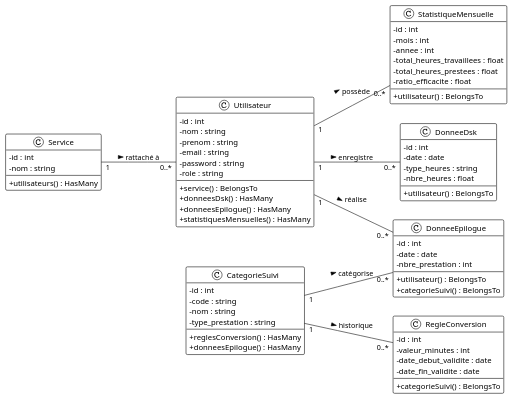
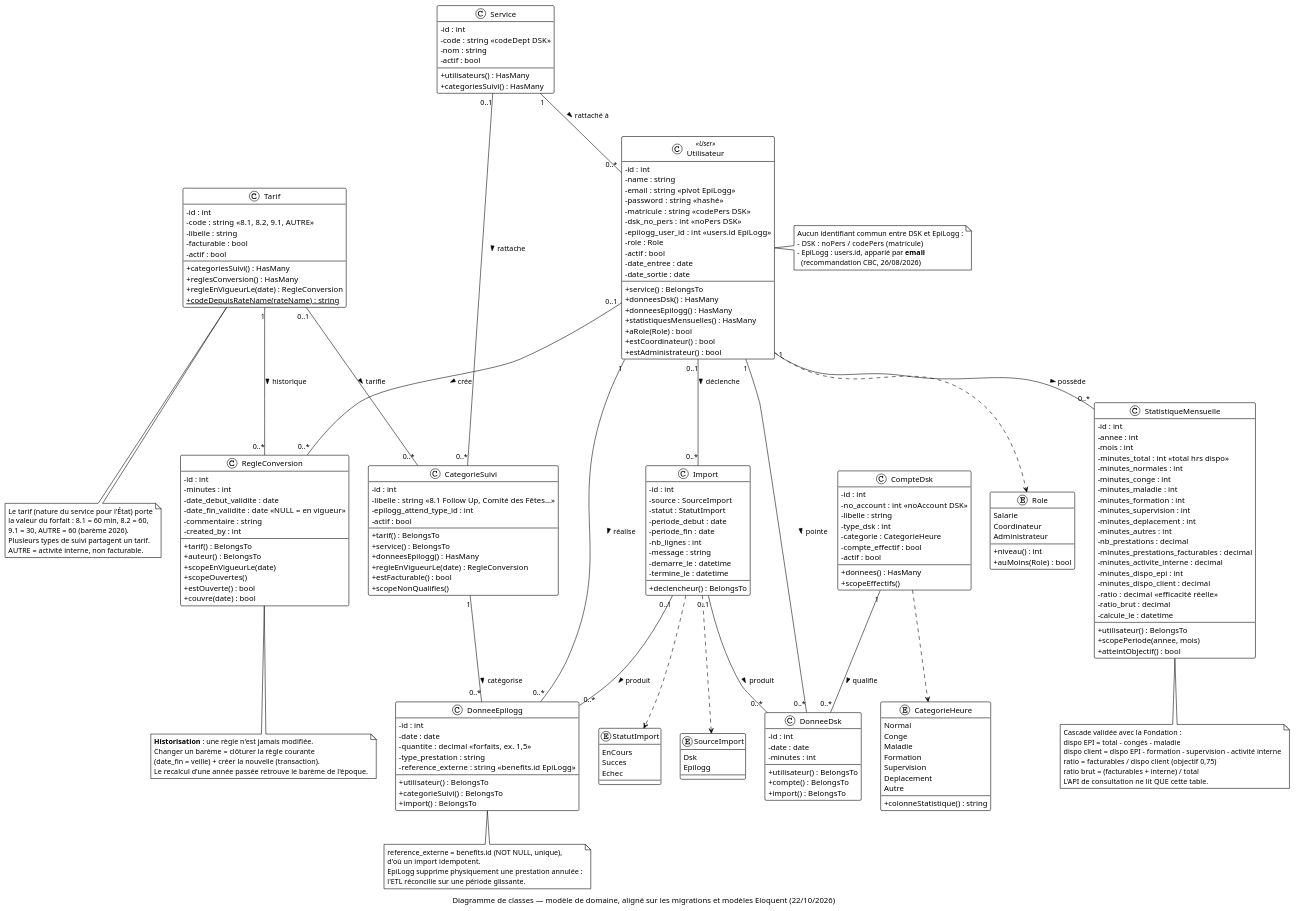
One commit to midjix/plantuml changed the diagram in diagramme de classes.md. Above: the diagram before and after it, drawn with PlantUML. The commit also changed 12 other files, not shown here.

First line of the commit message:
docs(uml): align diagrams with validated business rules and source access

````diff
--- a/diagramme de classes.md
+++ b/diagramme de classes.md
@@ -2,77 +2,261 @@
 @startuml
 !theme plain
 skinparam classAttributeIconSize 0
-left to right direction
 
+caption Diagramme de classes — modèle de domaine, aligné sur les migrations et modèles Eloquent (22/10/2026)
+
+' ============================================================
+'  Énumérations (App\Enums) — castées automatiquement par Eloquent
+' ============================================================
+enum Role {
+    Salarie
+    Coordinateur
+    Administrateur
+    + niveau() : int
+    + auMoins(Role) : bool
+}
+
+enum CategorieHeure {
+    Normal
+    Conge
+    Maladie
+    Formation
+    Supervision
+    Deplacement
+    Autre
+    + colonneStatistique() : string
+}
+
+enum SourceImport {
+    Dsk
+    Epilogg
+}
+
+enum StatutImport {
+    EnCours
+    Succes
+    Echec
+}
+
+' ============================================================
+'  Organigramme et utilisateurs
+' ============================================================
 class Service {
     - id : int
+    - code : string  <<codeDept DSK>>
     - nom : string
+    - actif : bool
     + utilisateurs() : HasMany
+    + categoriesSuivi() : HasMany
 }
 
-class Utilisateur {
+class Utilisateur <<User>> {
     - id : int
-    - nom : string
-    - prenom : string
-    - email : string
-    - password : string
-    - role : string
+    - name : string
+    - email : string  <<pivot EpiLogg>>
+    - password : string  <<hashé>>
+    - matricule : string  <<codePers DSK>>
+    - dsk_no_pers : int  <<noPers DSK>>
+    - epilogg_user_id : int  <<users.id EpiLogg>>
+    - role : Role
+    - actif : bool
+    - date_entree : date
+    - date_sortie : date
     + service() : BelongsTo
     + donneesDsk() : HasMany
-    + donneesEpilogue() : HasMany
+    + donneesEpilogg() : HasMany
     + statistiquesMensuelles() : HasMany
+    + aRole(Role) : bool
+    + estCoordinateur() : bool
+    + estAdministrateur() : bool
+}
+
+' ============================================================
+'  Référentiels : tarifs, types de suivi EpiLogg, compteurs DSK
+' ============================================================
+class Tarif {
+    - id : int
+    - code : string  <<8.1, 8.2, 9.1, AUTRE>>
+    - libelle : string
+    - facturable : bool
+    - actif : bool
+    + categoriesSuivi() : HasMany
+    + reglesConversion() : HasMany
+    + regleEnVigueurLe(date) : RegleConversion
+    + {static} codeDepuisRateName(rateName) : string
 }
 
 class CategorieSuivi {
     - id : int
-    - code : string
-    - nom : string
-    - type_prestation : string
-    + reglesConversion() : HasMany
-    + donneesEpilogue() : HasMany
+    - libelle : string  <<8.1 Follow Up, Comité des Fêtes…>>
+    - epilogg_attend_type_id : int
+    - actif : bool
+    + tarif() : BelongsTo
+    + service() : BelongsTo
+    + donneesEpilogg() : HasMany
+    + regleEnVigueurLe(date) : RegleConversion
+    + estFacturable() : bool
+    + scopeNonQualifies()
 }
 
 class RegleConversion {
     - id : int
-    - valeur_minutes : int
+    - minutes : int
     - date_debut_validite : date
-    - date_fin_validite : date
-    + categorieSuivi() : BelongsTo
+    - date_fin_validite : date  <<NULL = en vigueur>>
+    - commentaire : string
+    - created_by : int
+    + tarif() : BelongsTo
+    + auteur() : BelongsTo
+    + scopeEnVigueurLe(date)
+    + scopeOuvertes()
+    + estOuverte() : bool
+    + couvre(date) : bool
+}
+
+class CompteDsk {
+    - id : int
+    - no_account : int  <<noAccount DSK>>
+    - libelle : string
+    - type_dsk : int
+    - categorie : CategorieHeure
+    - compte_effectif : bool
+    - actif : bool
+    + donnees() : HasMany
+    + scopeEffectifs()
+}
+
+' ============================================================
+'  Flux bruts importés (lecture seule des sources)
+' ============================================================
+class Import {
+    - id : int
+    - source : SourceImport
+    - statut : StatutImport
+    - periode_debut : date
+    - periode_fin : date
+    - nb_lignes : int
+    - message : string
+    - demarre_le : datetime
+    - termine_le : datetime
+    + declencheur() : BelongsTo
 }
 
 class DonneeDsk {
     - id : int
     - date : date
-    - type_heures : string
-    - nbre_heures : float
+    - minutes : int
     + utilisateur() : BelongsTo
+    + compte() : BelongsTo
+    + import() : BelongsTo
 }
 
-class DonneeEpilogue {
+class DonneeEpilogg {
     - id : int
     - date : date
-    - nbre_prestation : int
+    - quantite : decimal  <<forfaits, ex. 1,5>>
+    - type_prestation : string
+    - reference_externe : string  <<benefits.id EpiLogg>>
     + utilisateur() : BelongsTo
     + categorieSuivi() : BelongsTo
+    + import() : BelongsTo
 }
 
+' ============================================================
+'  Cache consolidé lu par l'API de consultation
+' ============================================================
 class StatistiqueMensuelle {
     - id : int
+    - annee : int
     - mois : int
-    - annee : int
-    - total_heures_travaillees : float
-    - total_heures_prestees : float
-    - ratio_efficacite : float
+    - minutes_total : int  <<total hrs dispo>>
+    - minutes_normales : int
+    - minutes_conge : int
+    - minutes_maladie : int
+    - minutes_formation : int
+    - minutes_supervision : int
+    - minutes_deplacement : int
+    - minutes_autres : int
+    - nb_prestations : decimal
+    - minutes_prestations_facturables : decimal
+    - minutes_activite_interne : decimal
+    - minutes_dispo_epi : int
+    - minutes_dispo_client : decimal
+    - ratio : decimal  <<efficacité réelle>>
+    - ratio_brut : decimal
+    - calcule_le : datetime
     + utilisateur() : BelongsTo
+    + scopePeriode(annee, mois)
+    + atteintObjectif() : bool
 }
 
-' --- Relations et Multiplicités ---
+' ============================================================
+'  Relations et multiplicités
+' ============================================================
 Service "1" -- "0..*" Utilisateur : rattaché à >
-Utilisateur "1" -- "0..*" DonneeDsk : enregistre >
-Utilisateur "1" -- "0..*" DonneeEpilogue : réalise >
+Service "0..1" -- "0..*" CategorieSuivi : rattache >
+
+Utilisateur "1" -- "0..*" DonneeDsk : pointe >
+Utilisateur "1" -- "0..*" DonneeEpilogg : réalise >
 Utilisateur "1" -- "0..*" StatistiqueMensuelle : possède >
-CategorieSuivi "1" -- "0..*" RegleConversion : historique >
-CategorieSuivi "1" -- "0..*" DonneeEpilogue : catégorise >
+Utilisateur "0..1" -- "0..*" RegleConversion : crée >
+Utilisateur "0..1" -- "0..*" Import : déclenche >
+
+Tarif "0..1" -- "0..*" CategorieSuivi : tarifie >
+Tarif "1" -- "0..*" RegleConversion : historique >
+
+CategorieSuivi "1" -- "0..*" DonneeEpilogg : catégorise >
+
+CompteDsk "1" -- "0..*" DonneeDsk : qualifie >
+
+Import "0..1" -- "0..*" DonneeDsk : produit >
+Import "0..1" -- "0..*" DonneeEpilogg : produit >
+
+Utilisateur ..> Role
+CompteDsk ..> CategorieHeure
+Import ..> SourceImport
+Import ..> StatutImport
+
+' ============================================================
+'  Notes de conception
+' ============================================================
+note right of Utilisateur
+  Aucun identifiant commun entre DSK et EpiLogg :
+  - DSK   : noPers / codePers (matricule)
+  - EpiLogg : users.id, apparié par **email**
+    (recommandation CBC, 26/08/2026)
+end note
+
+note bottom of Tarif
+  Le tarif (nature du service pour l'État) porte
+  la valeur du forfait : 8.1 = 60 min, 8.2 = 60,
+  9.1 = 30, AUTRE = 60 (barème 2026).
+  Plusieurs types de suivi partagent un tarif.
+  AUTRE = activité interne, non facturable.
+end note
+
+note bottom of RegleConversion
+  **Historisation** : une règle n'est jamais modifiée.
+  Changer un barème = clôturer la règle courante
+  (date_fin = veille) + créer la nouvelle (transaction).
+  Le recalcul d'une année passée retrouve le barème de l'époque.
+end note
+
+note bottom of DonneeEpilogg
+  reference_externe = benefits.id (NOT NULL, unique),
+  d'où un import idempotent.
+  EpiLogg supprime physiquement une prestation annulée :
+  l'ETL réconcilie sur une période glissante.
+end note
+
+note bottom of StatistiqueMensuelle
+  Cascade validée avec la Fondation :
+  dispo EPI = total - congés - maladie
+  dispo client = dispo EPI - formation - supervision - activité interne
+  ratio = facturables / dispo client (objectif 0,75)
+  ratio brut = (facturables + interne) / total
+  L'API de consultation ne lit QUE cette table.
+end note
 
 @enduml
 ```
````
